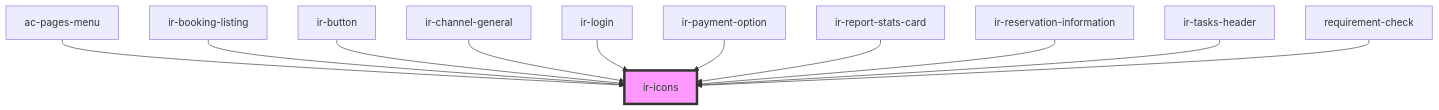
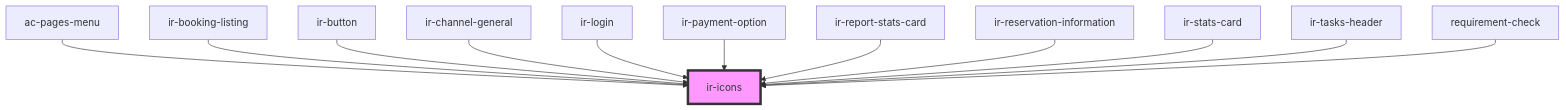
One commit to RonyRizk/ir-webcmp changed the diagram in src/components/ui/ir-icons/readme.md. Above: the diagram before and after it, drawn with Mermaid. The commit also changed other lines of this file and 15 other files, not shown here.

````diff
--- a/src/components/ui/ir-icons/readme.md
+++ b/src/components/ui/ir-icons/readme.md
@@ -31,14 +32,15 @@
 ```mermaid
 graph TD;
   ac-pages-menu --> ir-icons
   ir-booking-listing --> ir-icons
   ir-button --> ir-icons
   ir-channel-general --> ir-icons
   ir-login --> ir-icons
   ir-payment-option --> ir-icons
   ir-report-stats-card --> ir-icons
   ir-reservation-information --> ir-icons
+  ir-stats-card --> ir-icons
   ir-tasks-header --> ir-icons
   requirement-check --> ir-icons
   style ir-icons fill:#f9f,stroke:#333,stroke-width:4px
 ```
````
